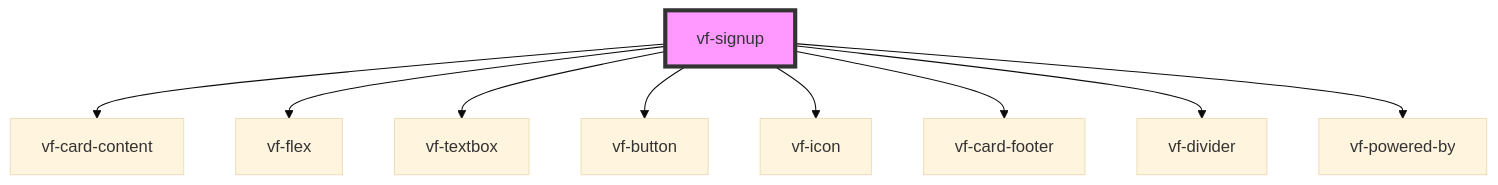
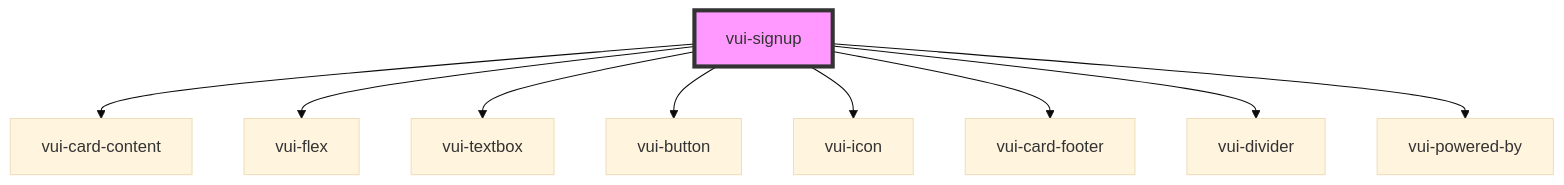
Before and after one commit to verite-team/verite-elements: the diagram in packages/stencil-library/src/components/signup/readme.md, drawn with Mermaid (base theme). The commit also changed other lines of this file and 116 other files, not shown here.

````diff
--- a/packages/stencil-library/src/components/signup/readme.md
+++ b/packages/stencil-library/src/components/signup/readme.md
@@ -36,12 +34,12 @@
 ```mermaid
 graph TD;
-  vf-signup --> vf-card-content
-  vf-signup --> vf-flex
-  vf-signup --> vf-textbox
-  vf-signup --> vf-button
-  vf-signup --> vf-icon
-  vf-signup --> vf-card-footer
-  vf-signup --> vf-divider
-  vf-signup --> vf-powered-by
-  style vf-signup fill:#f9f,stroke:#333,stroke-width:4px
+  vui-signup --> vui-card-content
+  vui-signup --> vui-flex
+  vui-signup --> vui-textbox
+  vui-signup --> vui-button
+  vui-signup --> vui-icon
+  vui-signup --> vui-card-footer
+  vui-signup --> vui-divider
+  vui-signup --> vui-powered-by
+  style vui-signup fill:#f9f,stroke:#333,stroke-width:4px
 ```
````
